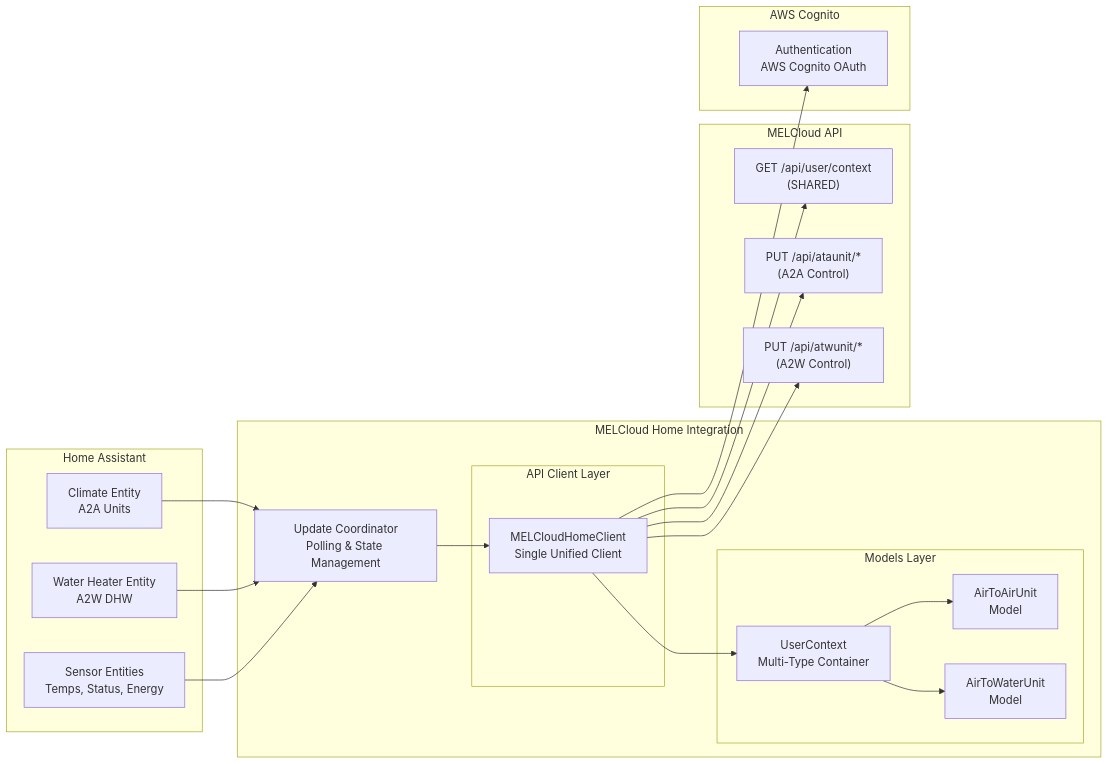
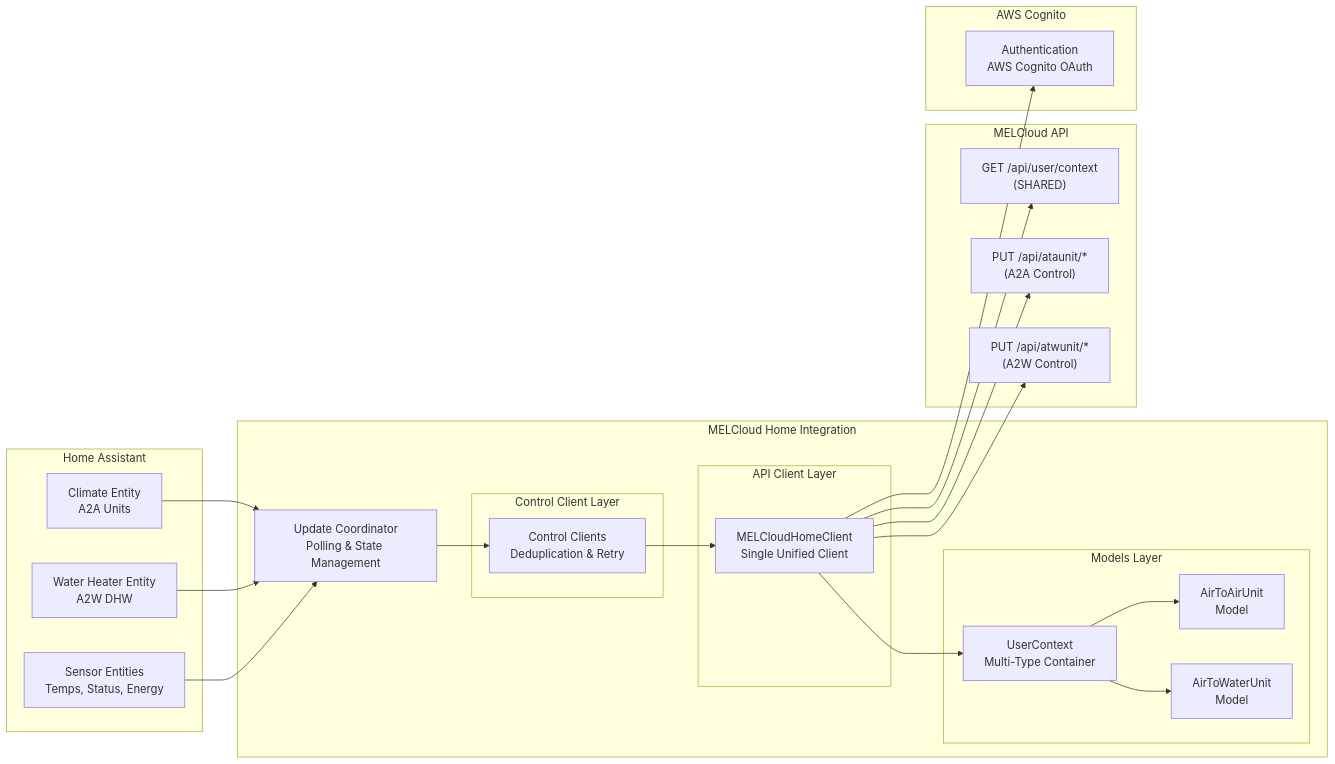
One commit to andrew-blake/melcloudhome changed the first of 5 diagrams in docs/architecture.md. Above: the diagram before and after it, drawn with Mermaid. The commit also changed other lines of this file and 7 other files, not shown here.

````diff
--- a/docs/architecture.md
+++ b/docs/architecture.md
@@ -24,45 +26,50 @@
 ```mermaid
 graph LR
     subgraph "Home Assistant"
         Climate[Climate Entity<br/>A2A Units]
         WaterHeater[Water Heater Entity<br/>A2W DHW]
         Sensors[Sensor Entities<br/>Temps, Status, Energy]
     end
 
     subgraph "MELCloud Home Integration"
         Coordinator[Update Coordinator<br/>Polling & State Management]
+
+        subgraph "Control Client Layer"
+            ControlClient[Control Clients<br/>Deduplication & Retry]
+        end
 
         subgraph "Models Layer"
             A2AModel[AirToAirUnit<br/>Model]
             A2WModel[AirToWaterUnit<br/>Model]
             Context[UserContext<br/>Multi-Type Container]
         end
         subgraph "API Client Layer"
             Client[MELCloudHomeClient<br/>Single Unified Client]
         end
 
     end
     subgraph "MELCloud API"
         UserContextAPI["GET /api/user/context<br/>(SHARED)"]
         A2AAPI["PUT /api/ataunit/*<br/>(A2A Control)"]
         A2WAPI["PUT /api/atwunit/*<br/>(A2W Control)"]
     end
     subgraph "AWS Cognito"
         Auth[Authentication<br/>AWS Cognito OAuth]
     end
 
     Climate --> Coordinator
     WaterHeater --> Coordinator
     Sensors --> Coordinator
 
-    Coordinator --> Client
+    Coordinator --> ControlClient
+    ControlClient --> Client
     Client --> Auth
     Client --> Context
 
     Context --> A2AModel
     Context --> A2WModel
 
     Client --> UserContextAPI
     Client --> A2AAPI
     Client --> A2WAPI
 ```
````
